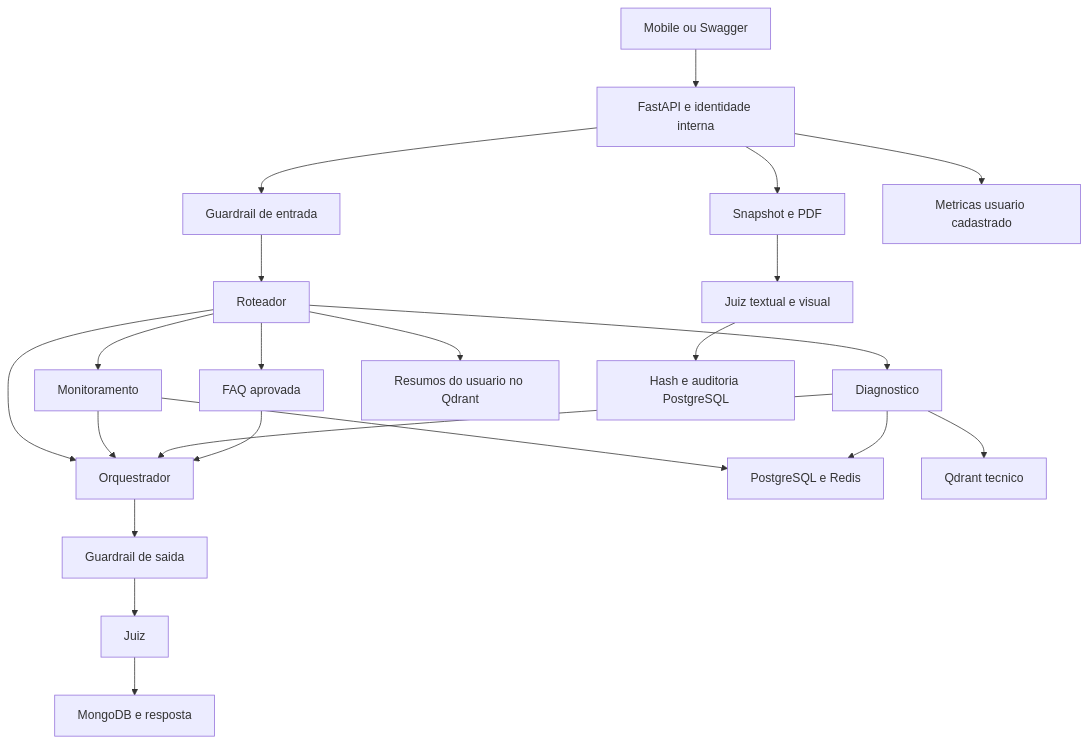
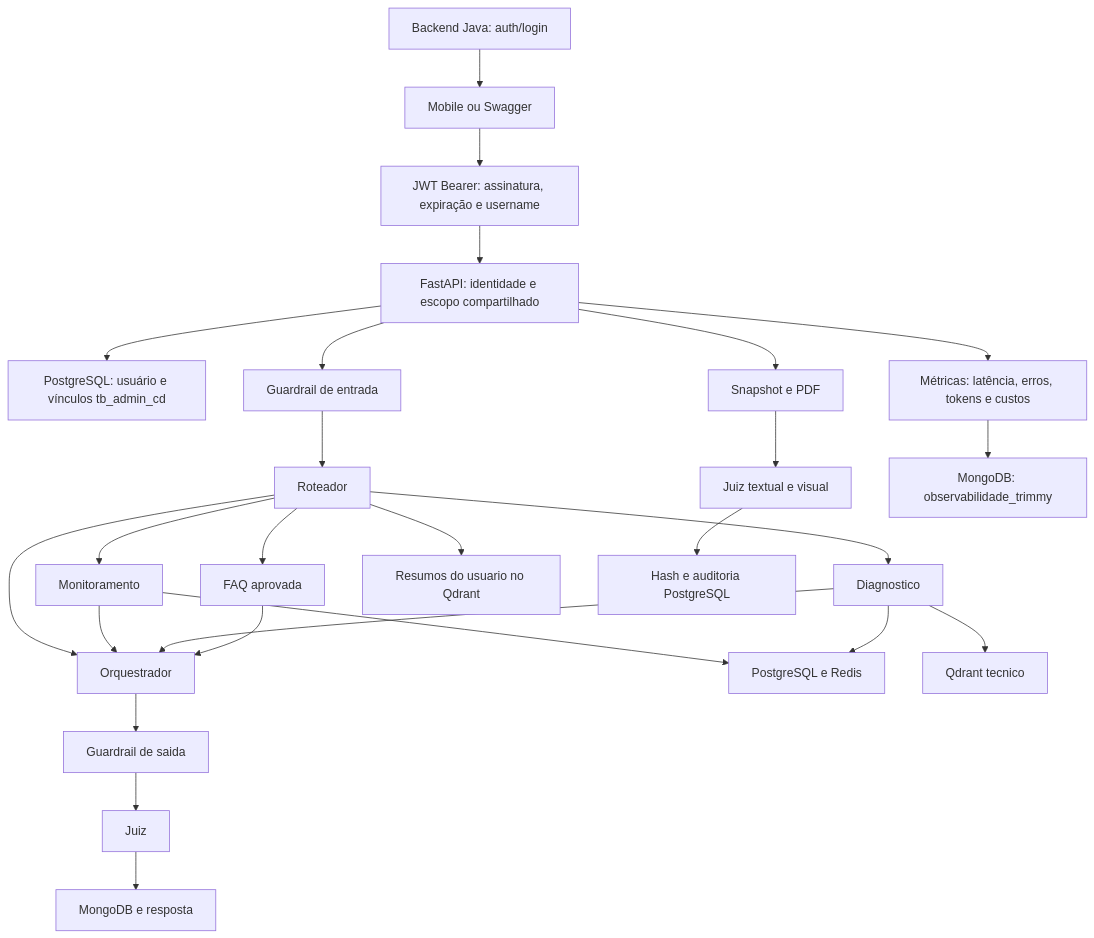
The diagram in TRIMMY.md (Skadi-Interdisciplinar/2_ano_back_ia), drawn with Mermaid before and after one commit. The commit also changed other lines of this file and 6 other files, not shown here.

Commit message:
docs(trimmy): atualiza arquitetura e contratos de integracao mobile

````diff
--- a/TRIMMY.md
+++ b/TRIMMY.md
@@ -45,24 +45,28 @@
 ```mermaid
 flowchart TD
-  Cliente["Mobile ou Swagger"] --> API["FastAPI e identidade interna"]
+  Cliente["Mobile ou Swagger"] --> JWT["JWT Bearer: assinatura, expiração e username"]
+  Java["Backend Java: auth/login"] --> Cliente
+  JWT --> API["FastAPI: identidade e escopo compartilhado"]
+  API --> Acesso["PostgreSQL: usuário e vínculos tb_admin_cd"]
   API --> Entrada["Guardrail de entrada"]
   Entrada --> Roteador["Roteador"]
   Roteador --> Monitoramento["Monitoramento"]
   Roteador --> Diagnostico["Diagnostico"]
   Roteador --> FAQ["FAQ aprovada"]
   Roteador --> Orquestrador["Orquestrador"]
   Monitoramento --> Orquestrador
   Diagnostico --> Orquestrador
   FAQ --> Orquestrador
   Orquestrador --> Saida["Guardrail de saida"]
   Saida --> Juiz["Juiz"]
   Juiz --> Persistencia["MongoDB e resposta"]
   Monitoramento --> Dados["PostgreSQL e Redis"]
   Diagnostico --> Dados
   Diagnostico --> Regras["Qdrant tecnico"]
   Roteador --> Memoria["Resumos do usuario no Qdrant"]
   API --> PDF["Snapshot e PDF"]
   PDF --> JuizPDF["Juiz textual e visual"]
   JuizPDF --> Auditoria["Hash e auditoria PostgreSQL"]
-  API --> Metricas["Metricas usuario cadastrado"]
+  API --> Metricas["Métricas: latência, erros, tokens e custos"]
+  Metricas --> MongoMetricas["MongoDB: observabilidade_trimmy"]
 ```
````
